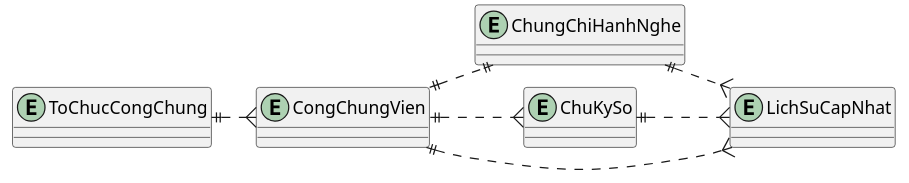
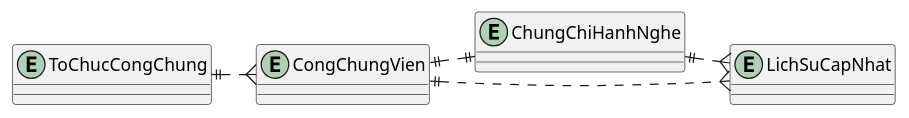
Before and after one commit to phuongpm23/nds-docs-test: the diagram in ba/[NDS-E-00046] Quản lý thông tin công chứng viên/2.erd.puml, drawn with PlantUML. The commit also changed 7 other files, not shown here.

```diff
--- a/ba/[NDS-E-00046] Quản lý thông tin công chứng viên/2.erd.puml
+++ b/ba/[NDS-E-00046] Quản lý thông tin công chứng viên/2.erd.puml
@@ -1,17 +1,14 @@
 @startuml erd
 !pragma layout smetana
 left to right direction
 entity CongChungVien
 entity ChungChiHanhNghe
-entity ChuKySo
 entity LichSuCapNhat
 entity ToChucCongChung
 
-CongChungVien ||..{ ChuKySo
 CongChungVien ||..|| ChungChiHanhNghe
 ToChucCongChung ||..{ CongChungVien
-ChuKySo ||..{ LichSuCapNhat
 CongChungVien ||..{ LichSuCapNhat
 ChungChiHanhNghe ||..{ LichSuCapNhat
 
 @enduml
```
